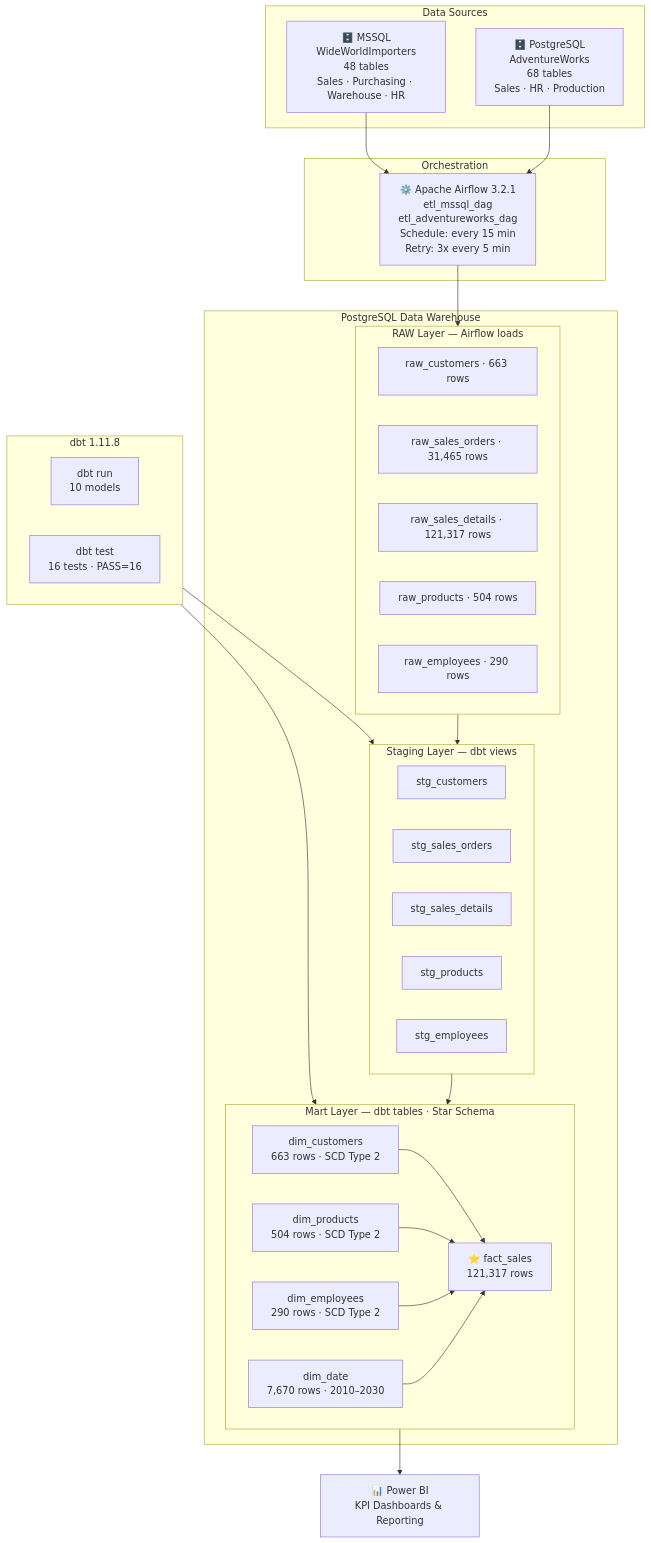
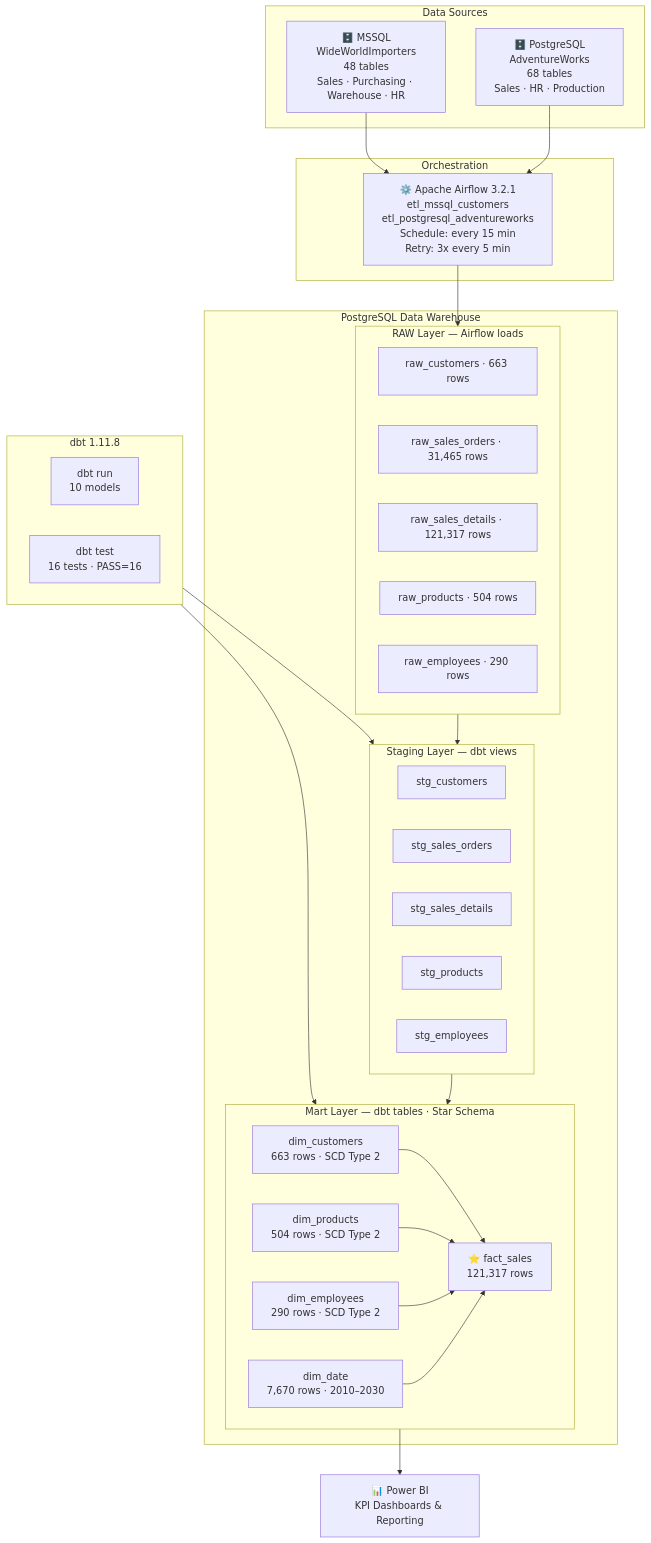
The diagram in README.md (Montorus/WideWorldImporters-DWH), drawn with Mermaid before and after one commit. The commit also changed other lines of this file and 4 other files, not shown here.

````diff
--- a/README.md
+++ b/README.md
@@ -10,57 +10,57 @@
 ```mermaid
 flowchart TD
     subgraph SOURCES["Data Sources"]
         MSSQL["🗄️ MSSQL\nWideWorldImporters\n48 tables\nSales · Purchasing · Warehouse · HR"]
         PG_SRC["🗄️ PostgreSQL\nAdventureWorks\n68 tables\nSales · HR · Production"]
     end
 
     subgraph ORCHESTRATION["Orchestration"]
-        AIRFLOW["⚙️ Apache Airflow 3.2.1\netl_mssql_dag\netl_adventureworks_dag\nSchedule: every 15 min\nRetry: 3x every 5 min"]
+        AIRFLOW["⚙️ Apache Airflow 3.2.1\netl_mssql_customers\netl_postgresql_adventureworks\nSchedule: every 15 min\nRetry: 3x every 5 min"]
     end
 
     subgraph DWH["PostgreSQL Data Warehouse"]
         subgraph RAW["RAW Layer — Airflow loads"]
             R1["raw_customers · 663 rows"]
             R2["raw_sales_orders · 31,465 rows"]
             R3["raw_sales_details · 121,317 rows"]
             R4["raw_products · 504 rows"]
             R5["raw_employees · 290 rows"]
         end
 
         subgraph STAGING["Staging Layer — dbt views"]
             S1["stg_customers"]
             S2["stg_sales_orders"]
             S3["stg_sales_details"]
             S4["stg_products"]
             S5["stg_employees"]
         end
 
         subgraph MARTS["Mart Layer — dbt tables · Star Schema"]
             DIM1["dim_customers\n663 rows · SCD Type 2"]
             DIM2["dim_products\n504 rows · SCD Type 2"]
             DIM3["dim_employees\n290 rows · SCD Type 2"]
             DIM4["dim_date\n7,670 rows · 2010–2030"]
             FACT["⭐ fact_sales\n121,317 rows"]
         end
     end
 
     subgraph DBT["dbt 1.11.8"]
         DBT_RUN["dbt run\n10 models"]
         DBT_TEST["dbt test\n16 tests · PASS=16"]
     end
 
     POWERBI["📊 Power BI\nKPI Dashboards & Reporting"]
 
     MSSQL --> AIRFLOW
     PG_SRC --> AIRFLOW
     AIRFLOW --> RAW
     RAW --> STAGING
     DBT --> STAGING
     DBT --> MARTS
     STAGING --> MARTS
     DIM1 --> FACT
     DIM2 --> FACT
     DIM3 --> FACT
     DIM4 --> FACT
     MARTS --> POWERBI
 ```
````
